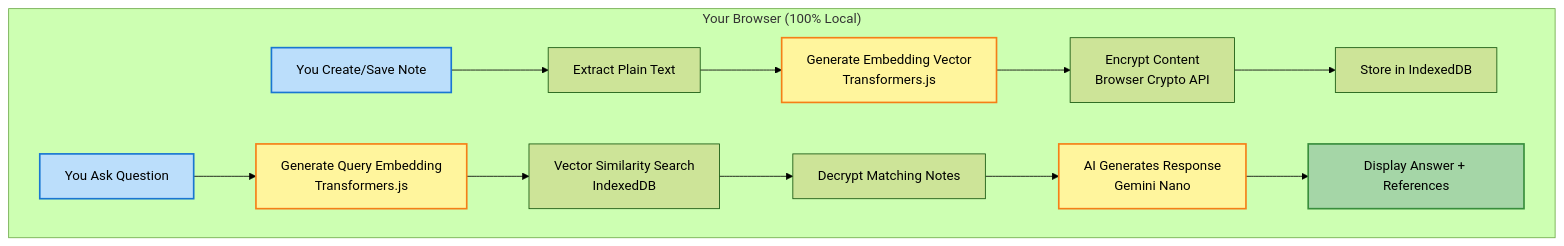
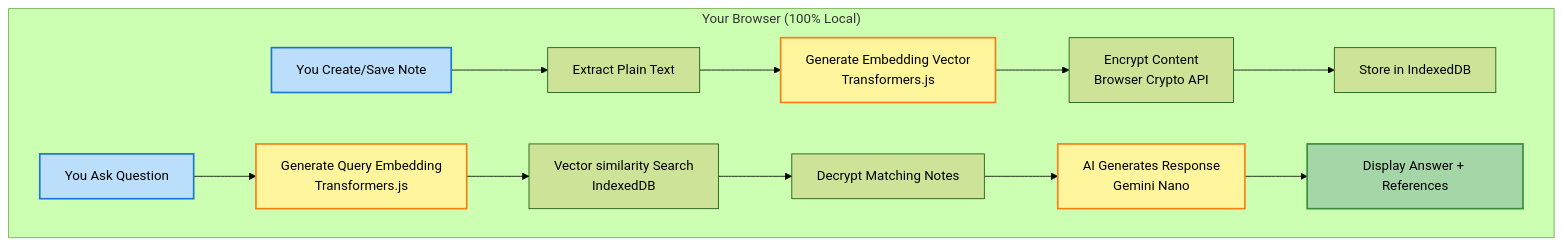
One commit to sundeep-dayalan/MindKeep changed the diagram in README.md. Above: the diagram before and after it, drawn with Mermaid (forest theme). The commit also changed other lines of this file, not shown here.

````diff
--- a/README.md
+++ b/README.md
@@ -73,22 +104,22 @@
 ```mermaid
 graph TB
     subgraph "Your Browser (100% Local)"
         A[You Create/Save Note] --> B[Extract Plain Text]
         B --> C[Generate Embedding Vector<br/>Transformers.js]
         C --> D[Encrypt Content<br/>Browser Crypto API]
         D --> E[Store in IndexedDB]
 
         F[You Ask Question] --> G[Generate Query Embedding<br/>Transformers.js]
-        G --> H[Vector Similarity Search<br/>IndexedDB]
+        G --> H[Vector similarity Search<br/>IndexedDB]
         H --> I[Decrypt Matching Notes]
         I --> J[AI Generates Response<br/>Gemini Nano]
         J --> K[Display Answer + References]
     end
 
     style A fill:#bbdefb,stroke:#1976d2,stroke-width:2px,color:#000
     style F fill:#bbdefb,stroke:#1976d2,stroke-width:2px,color:#000
     style K fill:#a5d6a7,stroke:#388e3c,stroke-width:2px,color:#000
     style C fill:#fff59d,stroke:#f57f17,stroke-width:2px,color:#000
     style G fill:#fff59d,stroke:#f57f17,stroke-width:2px,color:#000
     style J fill:#fff59d,stroke:#f57f17,stroke-width:2px,color:#000
 ```
````
